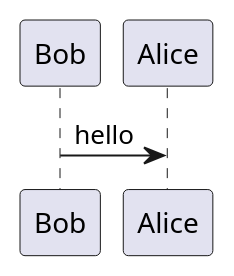
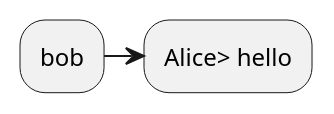
Before and after one commit to vfamim/Covid-19-Total-Cases-Predict: the diagram in README.md, drawn with PlantUML.

````diff
--- a/README.md
+++ b/README.md
@@ -306,3 +306,3 @@
- ``` plantuml
-Bob -> Alice : hello
-```
+@startuml
+bob -> Alice> hello
+@enduml
````
